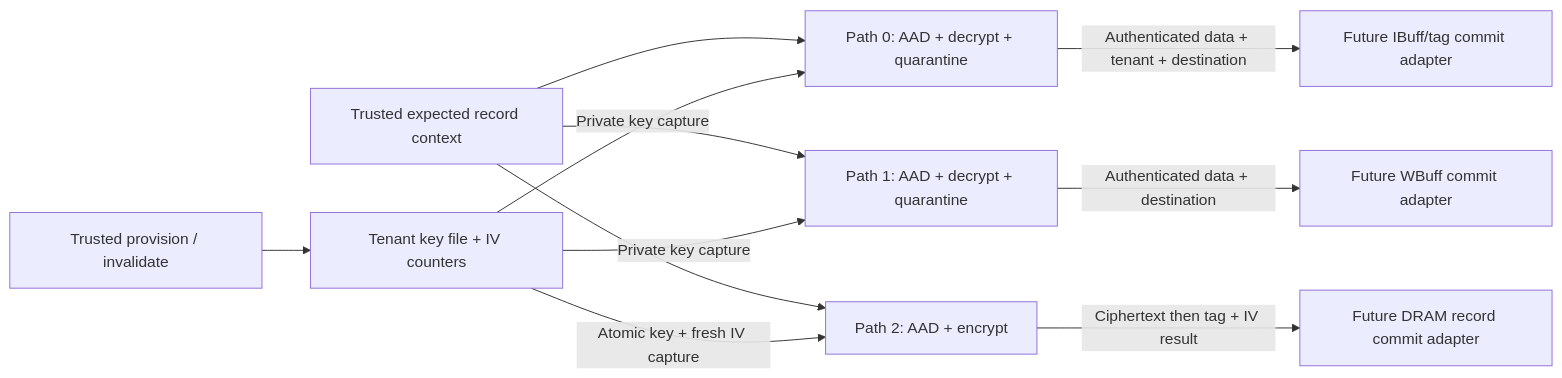
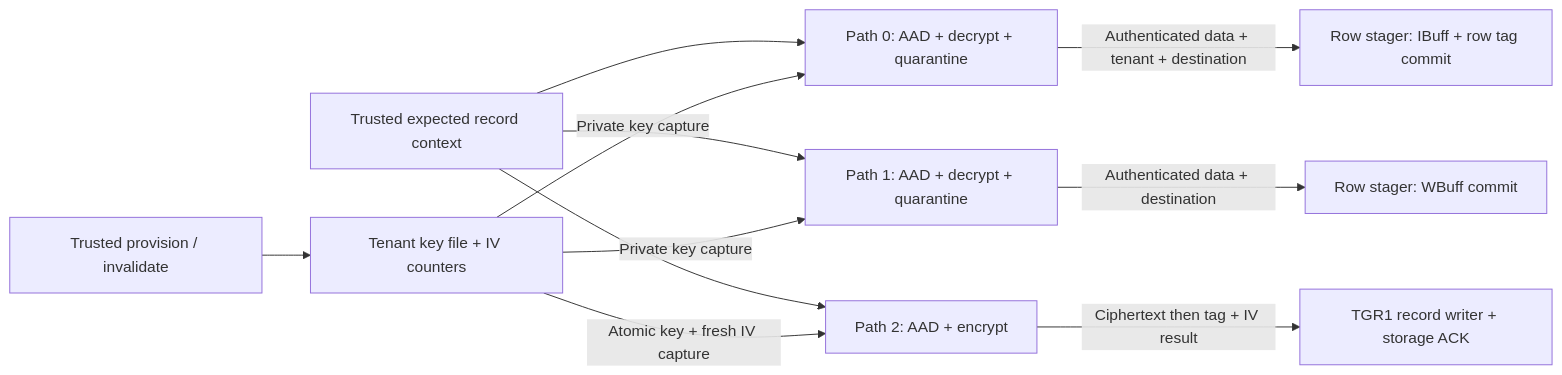
One commit to benresnick/verilog changed the third of 4 diagrams in tagged_sys_arr_multi_weight_stationary/docs/crypto-primitives.md. Above: the diagram before and after it, drawn with Mermaid. The commit also changed other lines of this file and 2 other files, not shown here.

````diff
--- a/tagged_sys_arr_multi_weight_stationary/docs/crypto-primitives.md
+++ b/tagged_sys_arr_multi_weight_stationary/docs/crypto-primitives.md
@@ -327,13 +329,13 @@
 ```mermaid
 flowchart LR
     P["Trusted provision / invalidate"] --> K["Tenant key file + IV counters"]
     C["Trusted expected record context"] --> A["Path 0: AAD + decrypt + quarantine"]
     C --> W["Path 1: AAD + decrypt + quarantine"]
     C --> O["Path 2: AAD + encrypt"]
     K -->|"Private key capture"| A
     K -->|"Private key capture"| W
     K -->|"Atomic key + fresh IV capture"| O
-    A -->|"Authenticated data + tenant + destination"| IA["Future IBuff/tag commit adapter"]
-    W -->|"Authenticated data + destination"| WA["Future WBuff commit adapter"]
-    O -->|"Ciphertext then tag + IV result"| OA["Future DRAM record commit adapter"]
+    A -->|"Authenticated data + tenant + destination"| IA["Row stager: IBuff + row tag commit"]
+    W -->|"Authenticated data + destination"| WA["Row stager: WBuff commit"]
+    O -->|"Ciphertext then tag + IV result"| OA["TGR1 record writer + storage ACK"]
 ```
````
